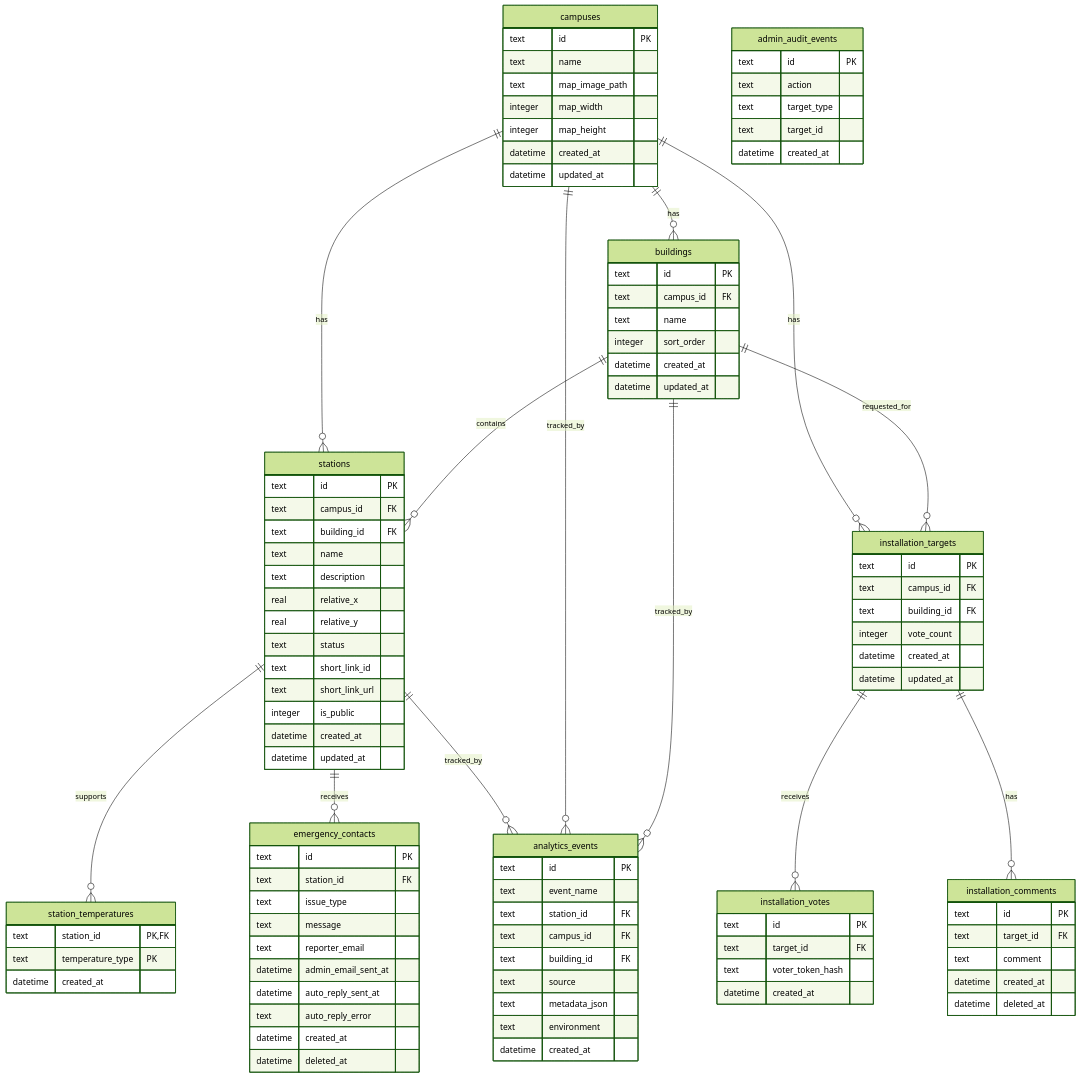
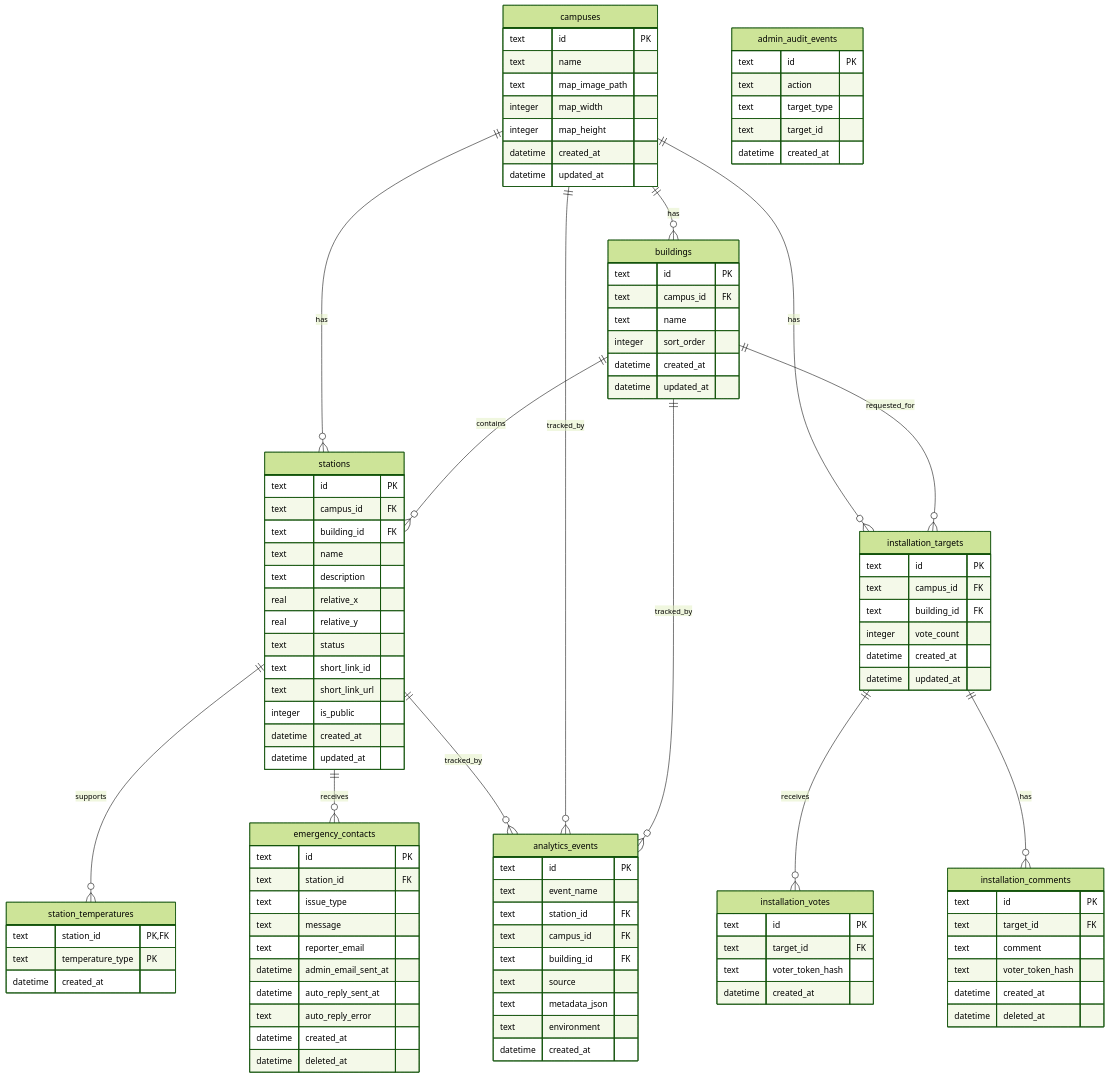
Before and after one commit to gdsc-osaka/carrymybottle: the second of 2 diagrams in docs/DesignDoc.md, drawn with Mermaid (forest theme). The commit also changed other lines of this file and 6 other files, not shown here.

```diff
--- a/docs/DesignDoc.md
+++ b/docs/DesignDoc.md
@@ -411,6 +411,7 @@
     text id PK
     text target_id FK
     text comment
+    text voter_token_hash
     datetime created_at
     datetime deleted_at
   }
```
